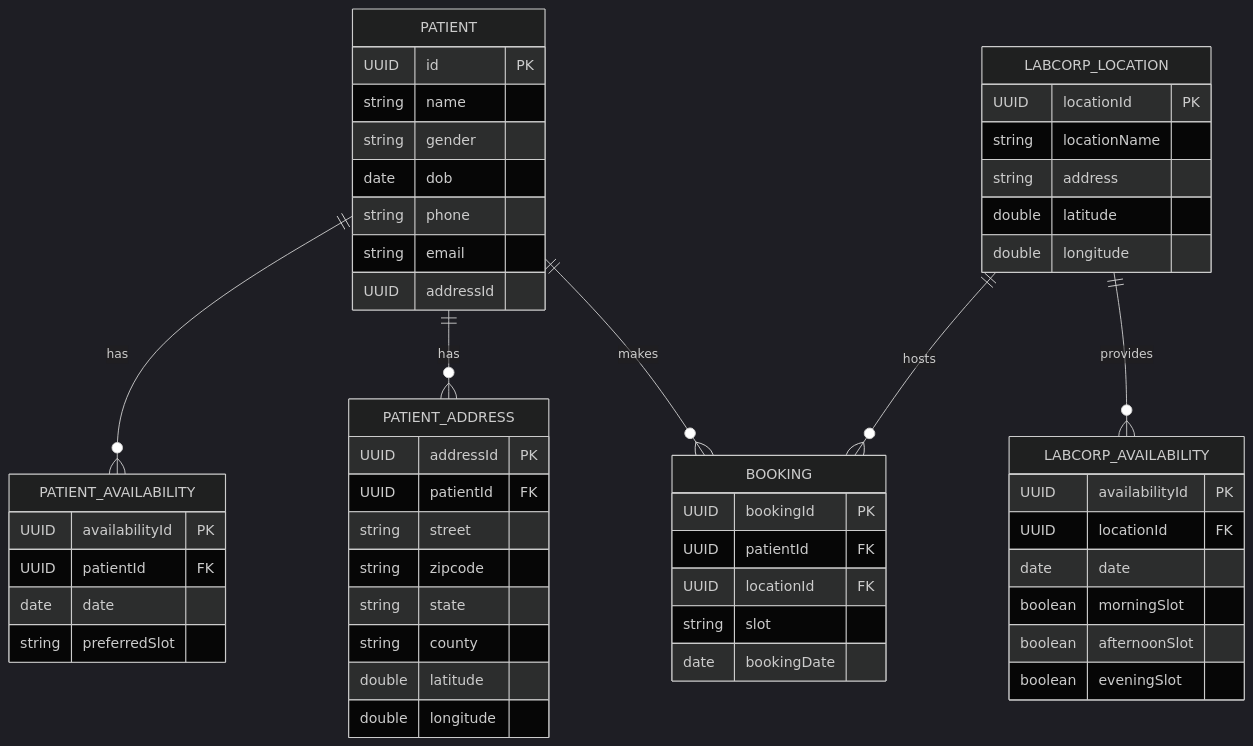
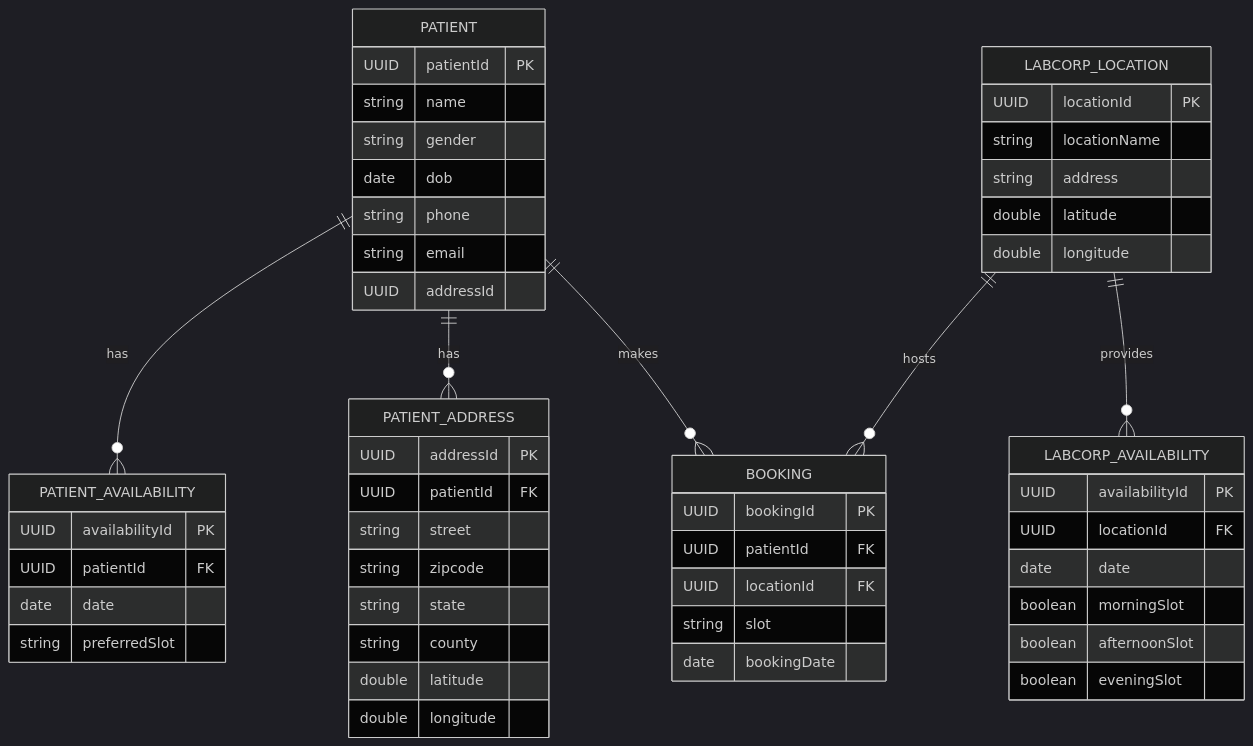
Before and after one commit to pavankumarchebelli/MyCare_PatientPortal: the first of 3 diagrams in README.md, drawn with Mermaid (dark theme).

````diff
--- a/README.md
+++ b/README.md
@@ -8,61 +8,61 @@
 ```mermaid
 erDiagram
     PATIENT ||--o{ PATIENT_AVAILABILITY : has
     PATIENT ||--o{ PATIENT_ADDRESS : has
     LABCORP_LOCATION ||--o{ LABCORP_AVAILABILITY : provides
     PATIENT ||--o{ BOOKING : makes
     LABCORP_LOCATION ||--o{ BOOKING : hosts
 
     PATIENT {
-        UUID id PK
+        UUID patientId PK
         string name
         string gender
         date dob
         string phone
         string email
         UUID addressId
     }
 
     PATIENT_ADDRESS {
         UUID addressId PK
         UUID patientId FK
         string street
         string zipcode
         string state
         string county
         double latitude
         double longitude
     }
 
     PATIENT_AVAILABILITY {
         UUID availabilityId PK
         UUID patientId FK
         date date
         string preferredSlot
     }
 
     LABCORP_LOCATION {
         UUID locationId PK
         string locationName
         string address
         double latitude
         double longitude
     }
 
     LABCORP_AVAILABILITY {
         UUID availabilityId PK
         UUID locationId FK
         date date
         boolean morningSlot
         boolean afternoonSlot
         boolean eveningSlot
     }
 
     BOOKING {
         UUID bookingId PK
         UUID patientId FK
         UUID locationId FK
         string slot
         date bookingDate
     }
 ```
````
